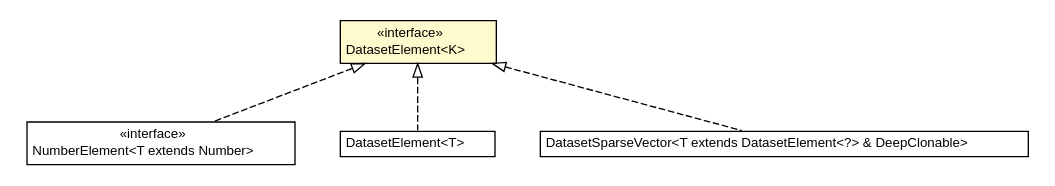
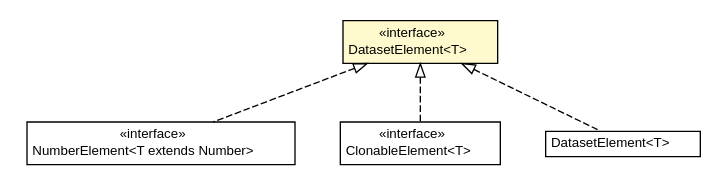
The diagram in docs/it/unica/foresee/datasets/interfaces/DatasetElement.dot (UnicaLabs-CS/Foresee), drawn with Graphviz before and after one commit. The commit also changed 179 other files, not shown here.

```diff
--- a/docs/it/unica/foresee/datasets/interfaces/DatasetElement.dot
+++ b/docs/it/unica/foresee/datasets/interfaces/DatasetElement.dot
@@ -1,44 +1,45 @@
 #!/usr/local/bin/dot
 #
 # Class diagram 
 # Generated by UMLGraph version 5.2 (http://www.umlgraph.org/)
 #
 
 digraph G {
 	edge [fontname="Helvetica",fontsize=10,labelfontname="Helvetica",labelfontsize=10];
 	node [fontname="Helvetica",fontsize=10,shape=plaintext];
 	nodesep=0.25;
 	ranksep=0.5;
-	// it.unica.foresee.datasets.interfaces.DatasetElement<K>
-	c862 [label=<<table title="it.unica.foresee.datasets.interfaces.DatasetElement" border="0" cellborder="1" cellspacing="0" cellpadding="2" port="p" bgcolor="lemonChiffon" href="./DatasetElement.html">
+	// it.unica.foresee.datasets.interfaces.DatasetElement<T>
+	c1076 [label=<<table title="it.unica.foresee.datasets.interfaces.DatasetElement" border="0" cellborder="1" cellspacing="0" cellpadding="2" port="p" bgcolor="lemonChiffon" href="./DatasetElement.html">
 		<tr><td><table border="0" cellspacing="0" cellpadding="1">
 <tr><td align="center" balign="center"> &#171;interface&#187; </td></tr>
-<tr><td align="center" balign="center"> DatasetElement&lt;K&gt; </td></tr>
+<tr><td align="center" balign="center"> DatasetElement&lt;T&gt; </td></tr>
 		</table></td></tr>
 		</table>>, fontname="Helvetica", fontcolor="black", fontsize=10.0];
 	// it.unica.foresee.datasets.interfaces.NumberElement<T extends java.lang.Number>
-	c866 [label=<<table title="it.unica.foresee.datasets.interfaces.NumberElement" border="0" cellborder="1" cellspacing="0" cellpadding="2" port="p" href="./NumberElement.html">
+	c1081 [label=<<table title="it.unica.foresee.datasets.interfaces.NumberElement" border="0" cellborder="1" cellspacing="0" cellpadding="2" port="p" href="./NumberElement.html">
 		<tr><td><table border="0" cellspacing="0" cellpadding="1">
 <tr><td align="center" balign="center"> &#171;interface&#187; </td></tr>
 <tr><td align="center" balign="center"> NumberElement&lt;T extends Number&gt; </td></tr>
 		</table></td></tr>
 		</table>>, fontname="Helvetica", fontcolor="black", fontsize=10.0];
+	// it.unica.foresee.datasets.interfaces.ClonableElement<T>
+	c1087 [label=<<table title="it.unica.foresee.datasets.interfaces.ClonableElement" border="0" cellborder="1" cellspacing="0" cellpadding="2" port="p" href="./ClonableElement.html">
+		<tr><td><table border="0" cellspacing="0" cellpadding="1">
+<tr><td align="center" balign="center"> &#171;interface&#187; </td></tr>
+<tr><td align="center" balign="center"> ClonableElement&lt;T&gt; </td></tr>
+		</table></td></tr>
+		</table>>, fontname="Helvetica", fontcolor="black", fontsize=10.0];
 	// it.unica.foresee.datasets.DatasetElement<T>
-	c872 [label=<<table title="it.unica.foresee.datasets.DatasetElement" border="0" cellborder="1" cellspacing="0" cellpadding="2" port="p" href="../DatasetElement.html">
+	c1088 [label=<<table title="it.unica.foresee.datasets.DatasetElement" border="0" cellborder="1" cellspacing="0" cellpadding="2" port="p" href="../DatasetElement.html">
 		<tr><td><table border="0" cellspacing="0" cellpadding="1">
 <tr><td align="center" balign="center"> DatasetElement&lt;T&gt; </td></tr>
 		</table></td></tr>
 		</table>>, fontname="Helvetica", fontcolor="black", fontsize=10.0];
-	// it.unica.foresee.datasets.DatasetSparseVector<T extends it.unica.foresee.datasets.interfaces.DatasetElement<?> & it.unica.foresee.datasets.interfaces.DeepClonable>
-	c876 [label=<<table title="it.unica.foresee.datasets.DatasetSparseVector" border="0" cellborder="1" cellspacing="0" cellpadding="2" port="p" href="../DatasetSparseVector.html">
-		<tr><td><table border="0" cellspacing="0" cellpadding="1">
-<tr><td align="center" balign="center"> DatasetSparseVector&lt;T extends DatasetElement&lt;?&gt; &amp; DeepClonable&gt; </td></tr>
-		</table></td></tr>
-		</table>>, fontname="Helvetica", fontcolor="black", fontsize=10.0];
-	//it.unica.foresee.datasets.interfaces.NumberElement<T extends java.lang.Number> implements it.unica.foresee.datasets.interfaces.DatasetElement<K>
-	c862:p -> c866:p [dir=back,arrowtail=empty,style=dashed];
-	//it.unica.foresee.datasets.DatasetElement<T> implements it.unica.foresee.datasets.interfaces.DatasetElement<K>
-	c862:p -> c872:p [dir=back,arrowtail=empty,style=dashed];
-	//it.unica.foresee.datasets.DatasetSparseVector<T extends it.unica.foresee.datasets.interfaces.DatasetElement<?> & it.unica.foresee.datasets.interfaces.DeepClonable> implements it.unica.foresee.datasets.interfaces.DatasetElement<K>
-	c862:p -> c876:p [dir=back,arrowtail=empty,style=dashed];
+	//it.unica.foresee.datasets.interfaces.NumberElement<T extends java.lang.Number> implements it.unica.foresee.datasets.interfaces.DatasetElement<T>
+	c1076:p -> c1081:p [dir=back,arrowtail=empty,style=dashed];
+	//it.unica.foresee.datasets.interfaces.ClonableElement<T> implements it.unica.foresee.datasets.interfaces.DatasetElement<T>
+	c1076:p -> c1087:p [dir=back,arrowtail=empty,style=dashed];
+	//it.unica.foresee.datasets.DatasetElement<T> implements it.unica.foresee.datasets.interfaces.DatasetElement<T>
+	c1076:p -> c1088:p [dir=back,arrowtail=empty,style=dashed];
 }
```
